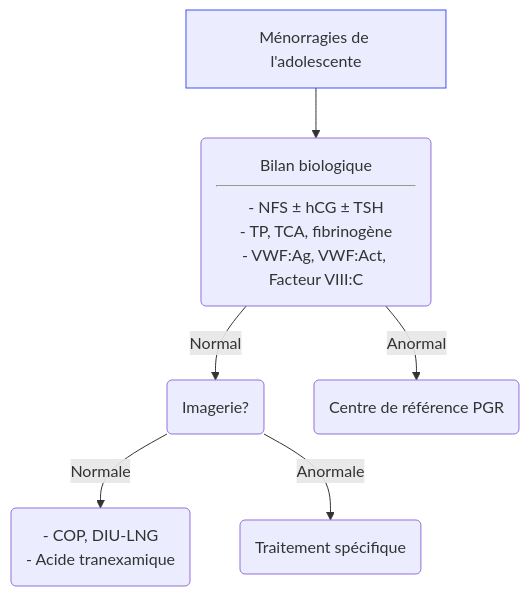
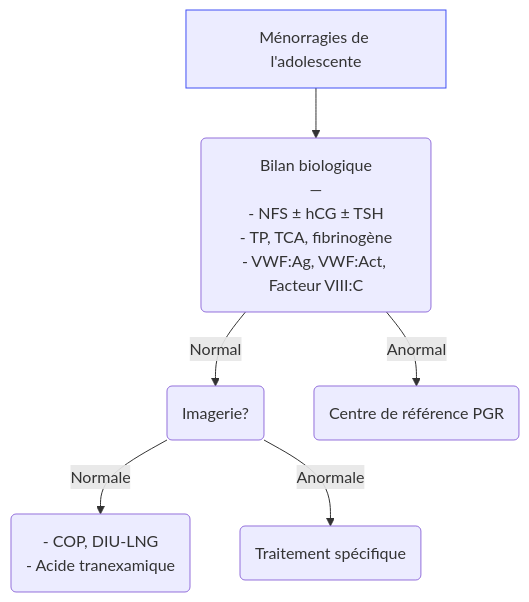
One commit to djibe/recommandations-medicales changed the first of 3 diagrams in content/recommandations/menorragies.md. Above: the diagram before and after it, drawn with Mermaid. The commit also changed other lines of this file and 51 other files, not shown here.

```diff
--- a/content/recommandations/menorragies.md
+++ b/content/recommandations/menorragies.md
@@ -241,8 +241,8 @@
 {{< mermaid title="Prise en charge des ménorragies de l'adolescente selon CNGOF 2022" >}}
 graph TB
-  adolescente[Ménorragies de l'adolescente] --> bilan("Bilan biologique<hr>- NFS ± hCG ± TSH<br>- TP, TCA, fibrinogène<br>- VWF:Ag, VWF:Act, Facteur VIII:C")
+  adolescente[Ménorragies de l'adolescente] --> bilan("Bilan biologique<br>—<br>- NFS ± hCG ± TSH<br>- TP, TCA, fibrinogène<br>- VWF:Ag, VWF:Act, Facteur VIII:C")
   style adolescente stroke:#4150f5, stroke-width:1px
     bilan -- Normal --> imagerie(Imagerie?) -- Normale --> traitement("- COP, DIU-LNG<br>- Acide tranexamique")
       imagerie -- Anormale --> specialiste(Traitement spécifique)
     bilan -- Anormal --> centre(Centre de référence PGR)
 {{< /mermaid >}}
```
